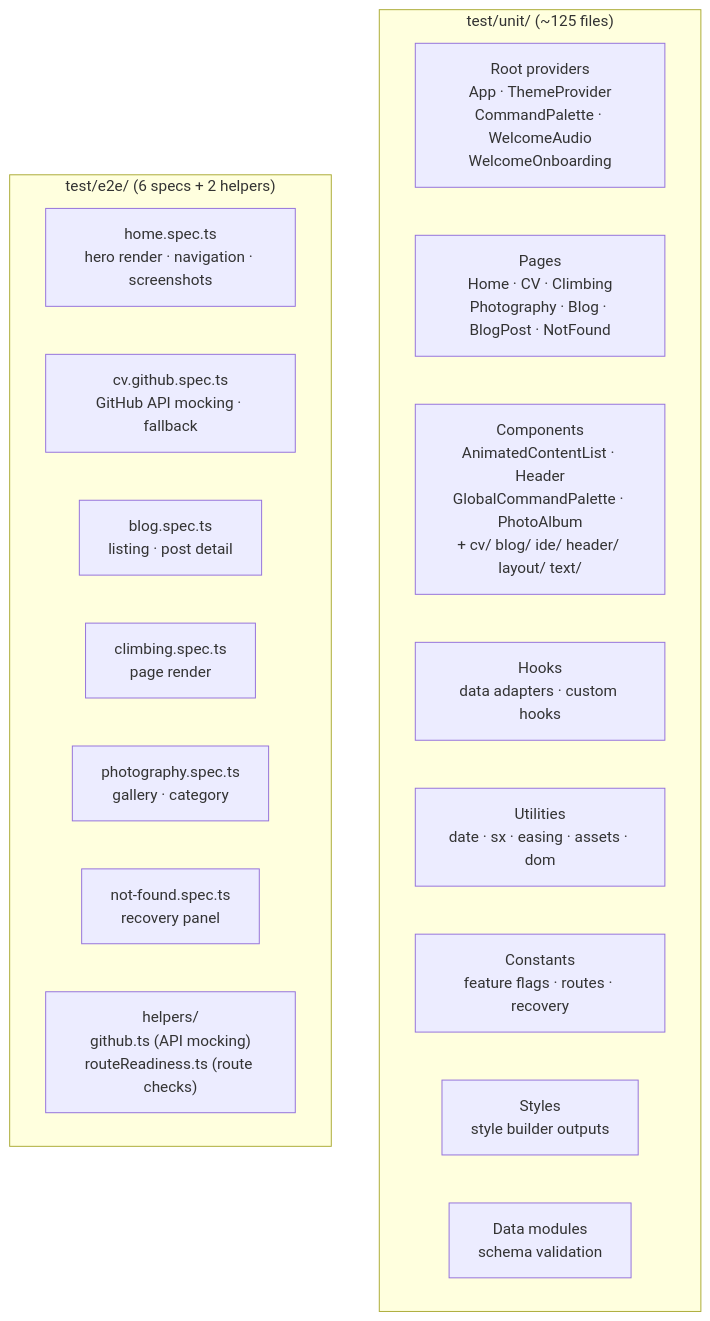
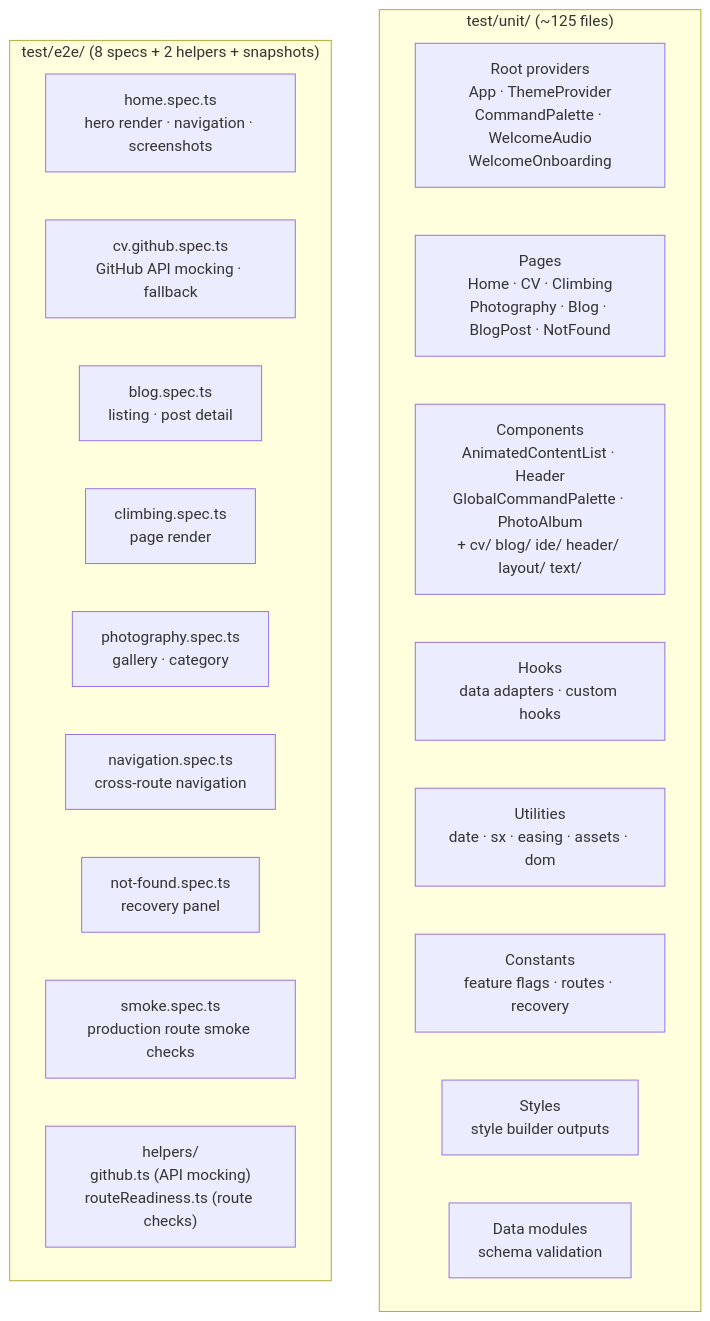
One commit to danphenderson/dev-danhenderson changed the first of 2 diagrams in docs/engineering/testing-strategy.md. Above: the diagram before and after it, drawn with Mermaid. The commit also changed other lines of this file and 11 other files, not shown here.

````diff
--- a/docs/engineering/testing-strategy.md
+++ b/docs/engineering/testing-strategy.md
@@ -32,23 +39,25 @@
 ```mermaid
 flowchart TB
   subgraph Unit["test/unit/ (~125 files)"]
     Providers["Root providers<br/>App · ThemeProvider<br/>CommandPalette · WelcomeAudio<br/>WelcomeOnboarding"]
     Pages["Pages<br/>Home · CV · Climbing<br/>Photography · Blog · BlogPost · NotFound"]
     Components["Components<br/>AnimatedContentList · Header<br/>GlobalCommandPalette · PhotoAlbum<br/>+ cv/ blog/ ide/ header/ layout/ text/"]
     Hooks["Hooks<br/>data adapters · custom hooks"]
     Utils["Utilities<br/>date · sx · easing · assets · dom"]
     Constants["Constants<br/>feature flags · routes · recovery"]
     Styles["Styles<br/>style builder outputs"]
     Data["Data modules<br/>schema validation"]
   end
 
-  subgraph E2E["test/e2e/ (6 specs + 2 helpers)"]
+  subgraph E2E["test/e2e/ (8 specs + 2 helpers + snapshots)"]
     HomeE2E["home.spec.ts<br/>hero render · navigation · screenshots"]
     CVE2E["cv.github.spec.ts<br/>GitHub API mocking · fallback"]
     BlogE2E["blog.spec.ts<br/>listing · post detail"]
     ClimbE2E["climbing.spec.ts<br/>page render"]
     PhotoE2E["photography.spec.ts<br/>gallery · category"]
+    NavE2E["navigation.spec.ts<br/>cross-route navigation"]
     NFE2E["not-found.spec.ts<br/>recovery panel"]
+    SmokeE2E["smoke.spec.ts<br/>production route smoke checks"]
     Helpers["helpers/<br/>github.ts (API mocking)<br/>routeReadiness.ts (route checks)"]
   end
 ```
````
